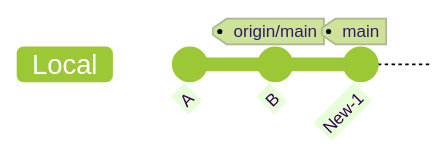
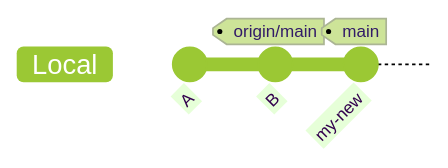
Before and after one commit to Yoad-Duani/personal_notes: the fourth of 11 diagrams in docs/git/working-with-remotes.md, drawn with Mermaid (forest theme). The commit also changed other lines of this file and 5 other files, not shown here.

````diff
--- a/docs/git/working-with-remotes.md
+++ b/docs/git/working-with-remotes.md
@@ -87,7 +87,7 @@
 ```mermaid
 %%{init: { 'gitGraph': {'showBranches': true, 'showCommitLabel':true,'mainBranchName': 'Local'}} }%%
 gitGraph
     commit id: "A"
     commit id: "B" tag: "origin/main"
-    commit id: "New-1" tag: "main"
+    commit id: "my-new" tag: "main"
 ```
````
